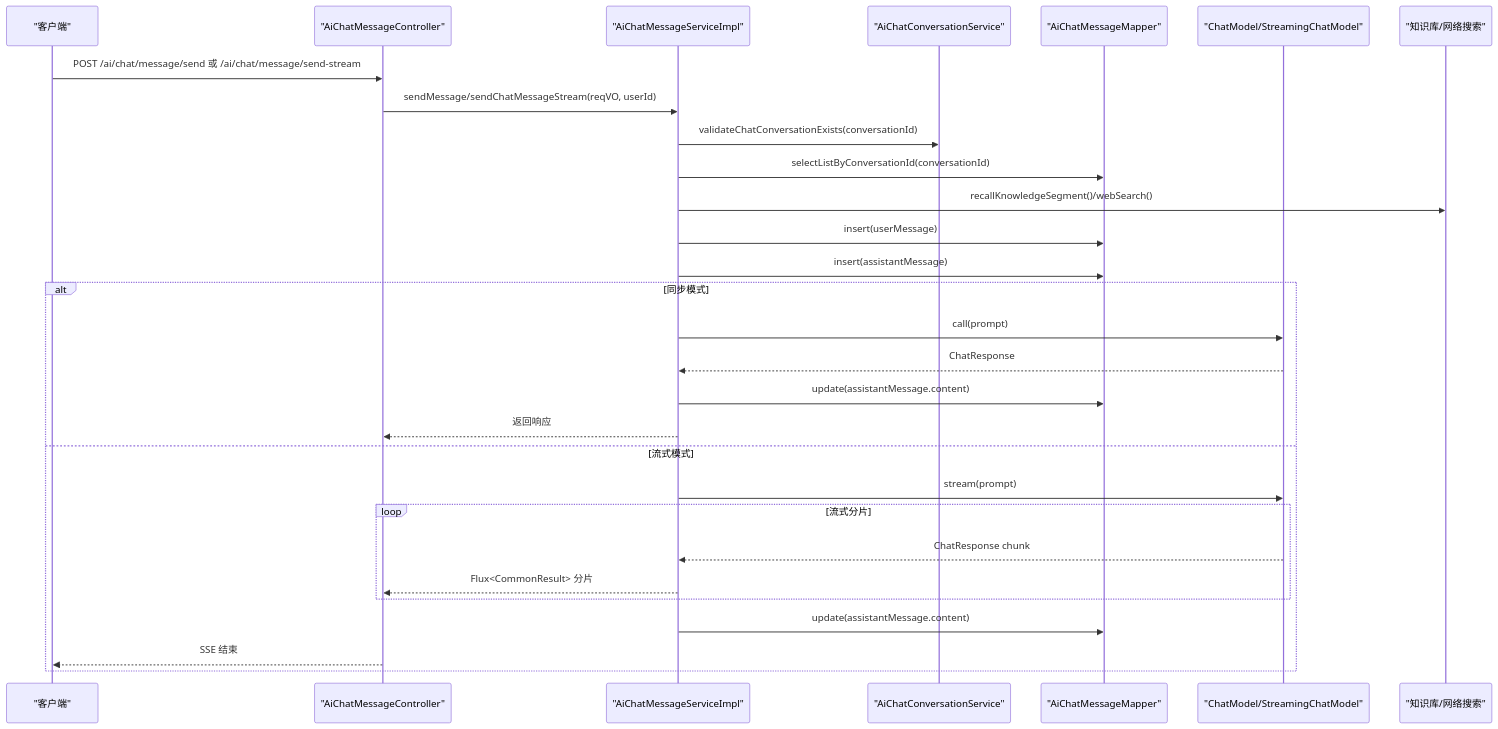
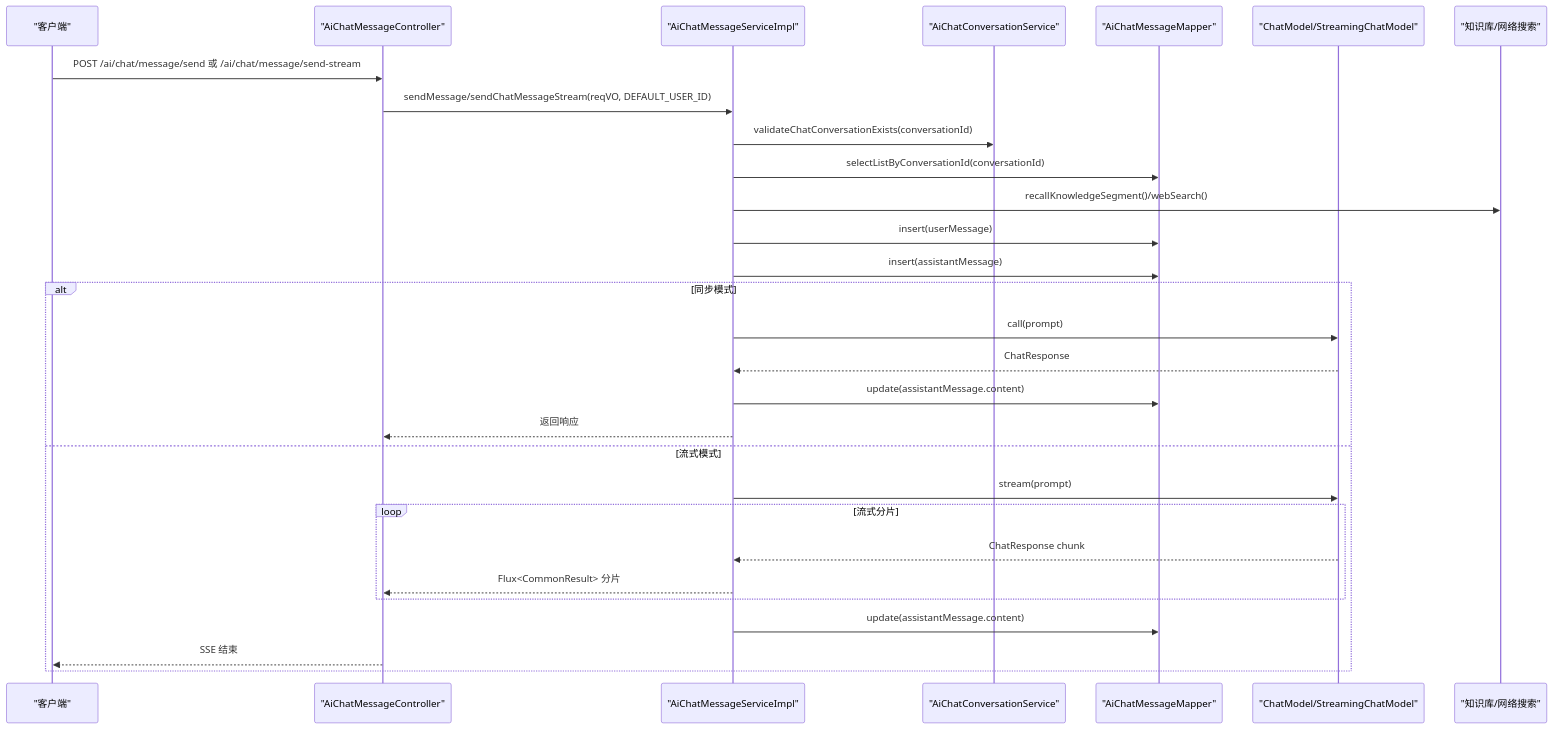
The second of 6 diagrams in .qoder/repowiki/zh/content/聊天对话系统/聊天对话系统.md (X555LB/data-ai), drawn with Mermaid before and after one commit. The commit also changed other lines of this file and 11 other files, not shown here.

````diff
--- a/.qoder/repowiki/zh/content/聊天对话系统/聊天对话系统.md
+++ b/.qoder/repowiki/zh/content/聊天对话系统/聊天对话系统.md
@@ -144,31 +151,31 @@
 ```mermaid
 sequenceDiagram
 participant Client as "客户端"
 participant MsgCtl as "AiChatMessageController"
 participant MsgSvc as "AiChatMessageServiceImpl"
 participant ConvSvc as "AiChatConversationService"
 participant Mapper as "AiChatMessageMapper"
 participant Model as "ChatModel/StreamingChatModel"
 participant Knowledge as "知识库/网络搜索"
 Client->>MsgCtl : POST /ai/chat/message/send 或 /ai/chat/message/send-stream
-MsgCtl->>MsgSvc : sendMessage/sendChatMessageStream(reqVO, userId)
+MsgCtl->>MsgSvc : sendMessage/sendChatMessageStream(reqVO, DEFAULT_USER_ID)
 MsgSvc->>ConvSvc : validateChatConversationExists(conversationId)
 MsgSvc->>Mapper : selectListByConversationId(conversationId)
 MsgSvc->>Knowledge : recallKnowledgeSegment()/webSearch()
 MsgSvc->>Mapper : insert(userMessage)
 MsgSvc->>Mapper : insert(assistantMessage)
 alt 同步模式
 MsgSvc->>Model : call(prompt)
 Model-->>MsgSvc : ChatResponse
 MsgSvc->>Mapper : update(assistantMessage.content)
 MsgSvc-->>MsgCtl : 返回响应
 else 流式模式
 MsgSvc->>Model : stream(prompt)
 loop 流式分片
 Model-->>MsgSvc : ChatResponse chunk
 MsgSvc-->>MsgCtl : Flux<CommonResult> 分片
 end
 MsgSvc->>Mapper : update(assistantMessage.content)
 MsgCtl-->>Client : SSE 结束
 end
 ```
````
